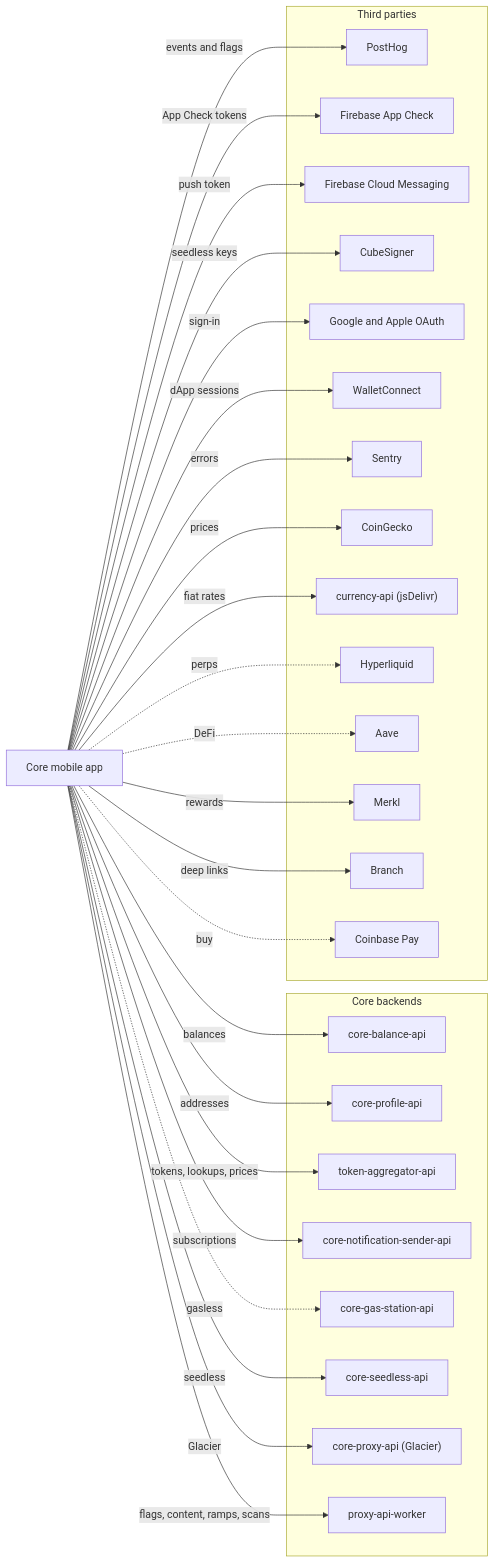
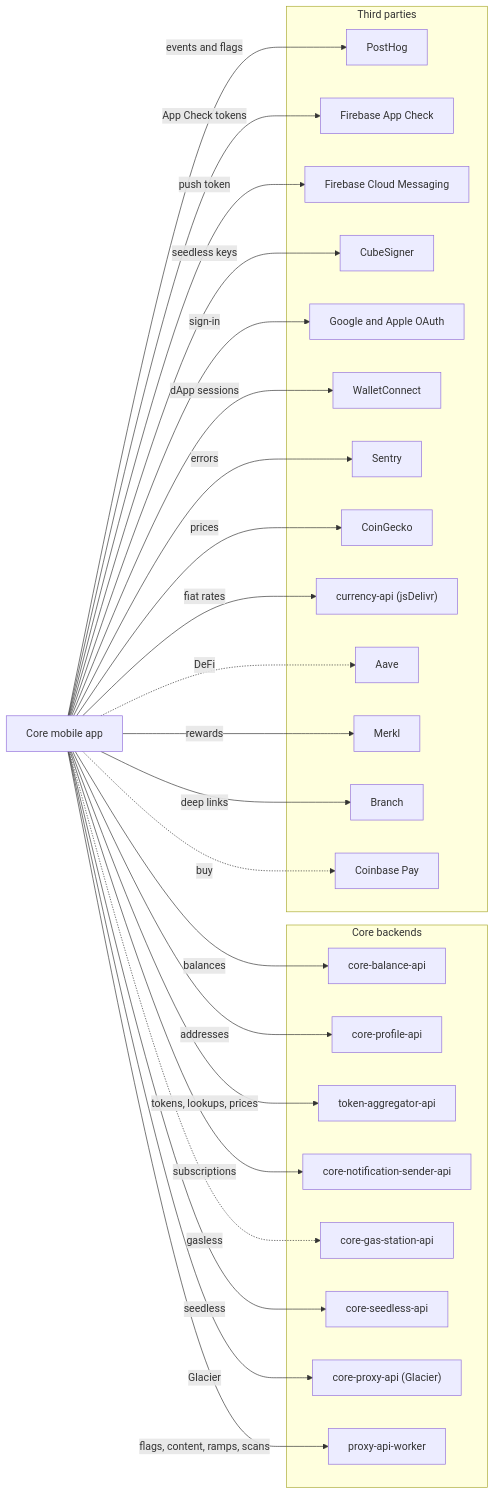
Before and after one commit to ava-labs/core-mobile: the diagram in docs/index.md, drawn with Mermaid. The commit also changed other lines of this file and 2 other files, not shown here.

````diff
--- a/docs/index.md
+++ b/docs/index.md
@@ -24,55 +24,53 @@
 ```mermaid
 flowchart LR
     APP["Core mobile app"]
 
     subgraph CORE["Core backends"]
         BAL["core-balance-api"]
         PROF["core-profile-api"]
         TOK["token-aggregator-api"]
         NSS["core-notification-sender-api"]
         GAS["core-gas-station-api"]
         SEED["core-seedless-api"]
         PXC["core-proxy-api (Glacier)"]
         PXW["proxy-api-worker"]
     end
 
     subgraph TP["Third parties"]
         PH["PostHog"]
         FBAC["Firebase App Check"]
         FCM["Firebase Cloud Messaging"]
         CUBE["CubeSigner"]
         OAUTH["Google and Apple OAuth"]
         WC["WalletConnect"]
         SENT["Sentry"]
         CG["CoinGecko"]
         CUR["currency-api (jsDelivr)"]
-        HL["Hyperliquid"]
         AAVE["Aave"]
         MERKL["Merkl"]
         BR["Branch"]
         CB["Coinbase Pay"]
     end
 
     APP -->|"balances"| BAL
     APP -->|"addresses"| PROF
     APP -->|"tokens, lookups, prices"| TOK
     APP -->|"subscriptions"| NSS
     APP -.->|"gasless"| GAS
     APP -->|"seedless"| SEED
     APP -->|"Glacier"| PXC
     APP -->|"flags, content, ramps, scans"| PXW
     APP -->|"App Check tokens"| FBAC
     APP -->|"push token"| FCM
     APP -->|"seedless keys"| CUBE
     APP -->|"sign-in"| OAUTH
     APP -->|"dApp sessions"| WC
     APP -->|"events and flags"| PH
     APP -->|"errors"| SENT
     APP -->|"prices"| CG
     APP -->|"fiat rates"| CUR
-    APP -.->|"perps"| HL
     APP -.->|"DeFi"| AAVE
     APP -->|"rewards"| MERKL
     APP -->|"deep links"| BR
     APP -.->|"buy"| CB
 ```
````
